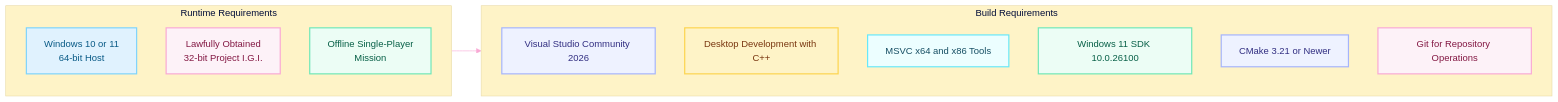
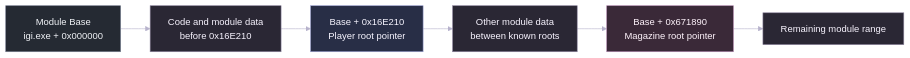
The fourth of 17 diagrams in README.md (Tanishq-JM/Project-IGI-Offline-Trainer), drawn with Mermaid before and after one commit. The commit also changed other lines of this file, not shown here.

````diff
--- a/README.md
+++ b/README.md
@@ -312,30 +265,16 @@
 ```mermaid
-%%{init: {'theme':'base', 'themeVariables': { 'primaryColor':'#FDF2F8','primaryTextColor':'#831843','primaryBorderColor':'#F9A8D4','lineColor':'#F9A8D4','secondaryColor':'#ECFEFF','tertiaryColor':'#FEF3C7'}}}%%
-graph LR
-    subgraph Runtime[Runtime Requirements]
-        OS[Windows 10 or 11<br/>64-bit Host]
-        Game[Lawfully Obtained<br/>32-bit Project I.G.I.]
-        Mode[Offline Single-Player<br/>Mission]
-    end
+%%{init: {'theme':'base', 'themeVariables': {'background':'#0F1117','primaryColor':'#20263A','primaryTextColor':'#F6F3FF','primaryBorderColor':'#8E93B8','lineColor':'#B7B2CC','secondaryColor':'#1D2C35','secondaryTextColor':'#F3FAFC','secondaryBorderColor':'#7E9BAA','tertiaryColor':'#342633','tertiaryTextColor':'#FFF2FB','tertiaryBorderColor':'#A17F9D','fontFamily':'Segoe UI'}}}%%
+flowchart LR
+    Base["Module Base<br/>igi.exe + 0x000000"] --> Before["Code and module data<br/>before 0x16E210"]
+    Before --> PlayerRoot["Base + 0x16E210<br/>Player root pointer"]
+    PlayerRoot --> Middle["Other module data<br/>between known roots"]
+    Middle --> MagazineRoot["Base + 0x671890<br/>Magazine root pointer"]
+    MagazineRoot --> After["Remaining module range"]
 
-    subgraph Build[Build Requirements]
-        VS[Visual Studio Community 2026]
-        Workload[Desktop Development with C++]
-        MSVC[MSVC x64 and x86 Tools]
-        SDK[Windows 11 SDK 10.0.26100]
-        CMake[CMake 3.21 or Newer]
-        Git[Git for Repository Operations]
-    end
-
-    Runtime --> Build
-
-    style OS fill:#E0F2FE,stroke:#7DD3FC,stroke-width:2px,color:#075985
-    style Game fill:#FDF2F8,stroke:#F9A8D4,stroke-width:2px,color:#831843
-    style Mode fill:#ECFDF5,stroke:#6EE7B7,stroke-width:2px,color:#065F46
-    style VS fill:#EEF2FF,stroke:#A5B4FC,stroke-width:2px,color:#312E81
-    style Workload fill:#FEF3C7,stroke:#FCD34D,stroke-width:2px,color:#78350F
-    style MSVC fill:#ECFEFF,stroke:#67E8F9,stroke-width:2px,color:#164E63
-    style SDK fill:#ECFDF5,stroke:#6EE7B7,stroke-width:2px,color:#065F46
-    style CMake fill:#EEF2FF,stroke:#A5B4FC,stroke-width:2px,color:#312E81
-    style Git fill:#FDF2F8,stroke:#F9A8D4,stroke-width:2px,color:#831843
+    style Base fill:#252A33,stroke:#777F91,color:#F1F3F7
+    style Before fill:#2A2734,stroke:#8C849D,color:#F8F4FF
+    style PlayerRoot fill:#282E46,stroke:#9BA1D0,color:#F7F5FF
+    style Middle fill:#2A2734,stroke:#8C849D,color:#F8F4FF
+    style MagazineRoot fill:#3A2938,stroke:#B188AE,color:#FFF4FC
+    style After fill:#2A2734,stroke:#8C849D,color:#F8F4FF
 ```
````
